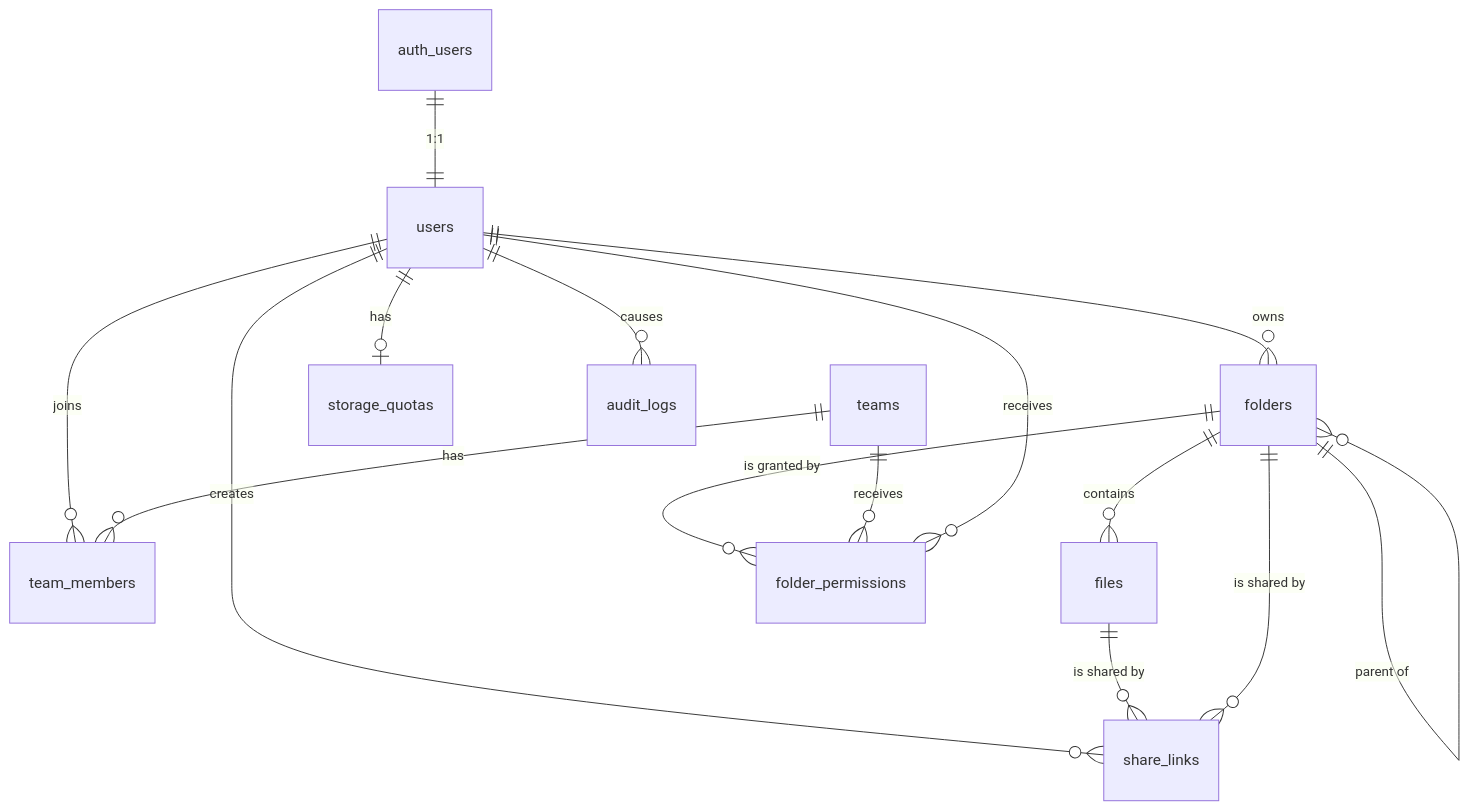
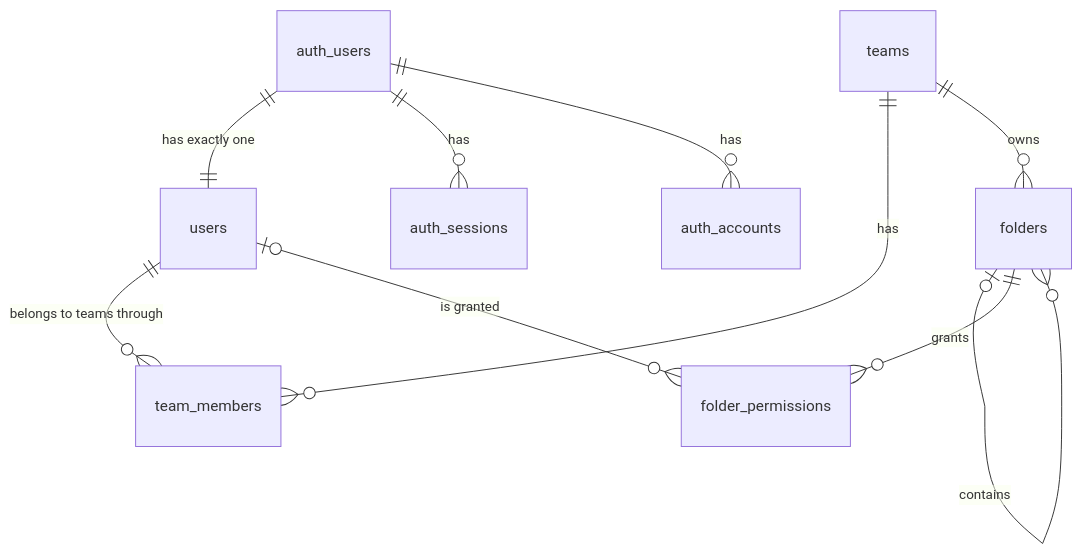
The second of 2 diagrams in README.md (trutscf1/ITP), drawn with Mermaid before and after one commit. The commit also changed other lines of this file and 1 other file, not shown here.

Commit message:
docs(repo): describe the data model package in the readme [SCF-AC-7.4]
Quick start with `pnpm db:migrate` and `pnpm db:seed`, the data model section shows the
schema of packages/db, and the licence notes name node-postgres; the licence test reads
packages/db as well.

Refs: #41

````diff
--- a/README.md
+++ b/README.md
@@ -93,17 +93,12 @@
 ```mermaid
 erDiagram
-  auth_users ||--|| users : "1:1"
-  users ||--o{ team_members : joins
+  auth_users ||--|| users : "has exactly one"
+  auth_users ||--o{ auth_sessions : has
+  auth_users ||--o{ auth_accounts : has
+  users ||--o{ team_members : "belongs to teams through"
   teams ||--o{ team_members : has
-  users ||--o{ folders : owns
-  folders ||--o{ folders : "parent of"
-  folders ||--o{ files : contains
-  folders ||--o{ folder_permissions : "is granted by"
-  teams ||--o{ folder_permissions : receives
-  users ||--o{ folder_permissions : receives
-  users ||--o{ share_links : creates
-  files ||--o{ share_links : "is shared by"
-  folders ||--o{ share_links : "is shared by"
-  users ||--o| storage_quotas : has
-  users ||--o{ audit_logs : causes
+  teams ||--o{ folders : owns
+  folders |o--o{ folders : contains
+  folders ||--o{ folder_permissions : grants
+  users |o--o{ folder_permissions : "is granted"
 ```
````
